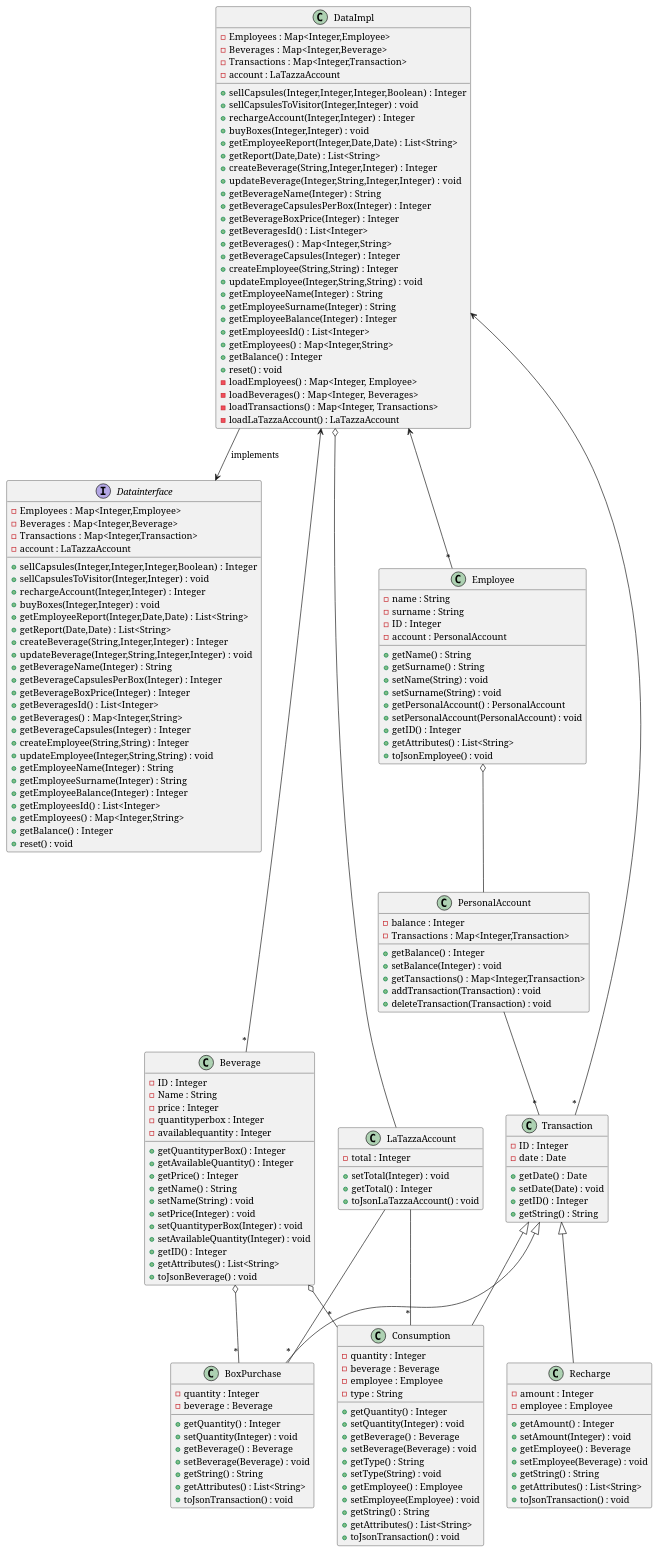
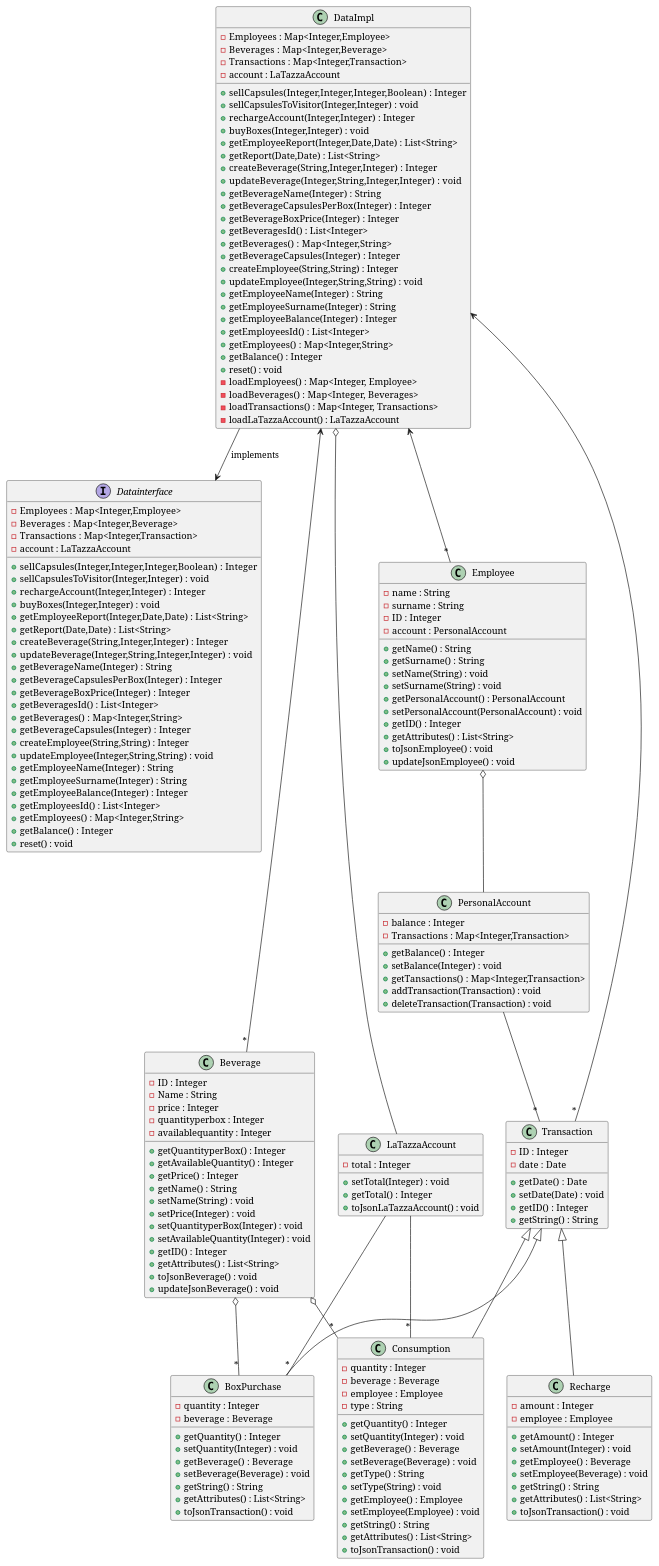
The third of 7 diagrams in templates/DesignDocumentTemplate.md (salvatore-dimartino/LaTazza), drawn with PlantUML before and after one commit.

```diff
--- a/templates/DesignDocumentTemplate.md
+++ b/templates/DesignDocumentTemplate.md
@@ -174,6 +174,7 @@
     +getID() : Integer
     +getAttributes() : List<String>
     +toJsonEmployee() : void
+    +updateJsonEmployee() : void
 }
 
 class Beverage {
@@ -194,6 +195,7 @@
     +getID() : Integer
     +getAttributes() : List<String>
     +toJsonBeverage() : void
+    +updateJsonBeverage() : void
 }
 
 class BoxPurchase {
```
